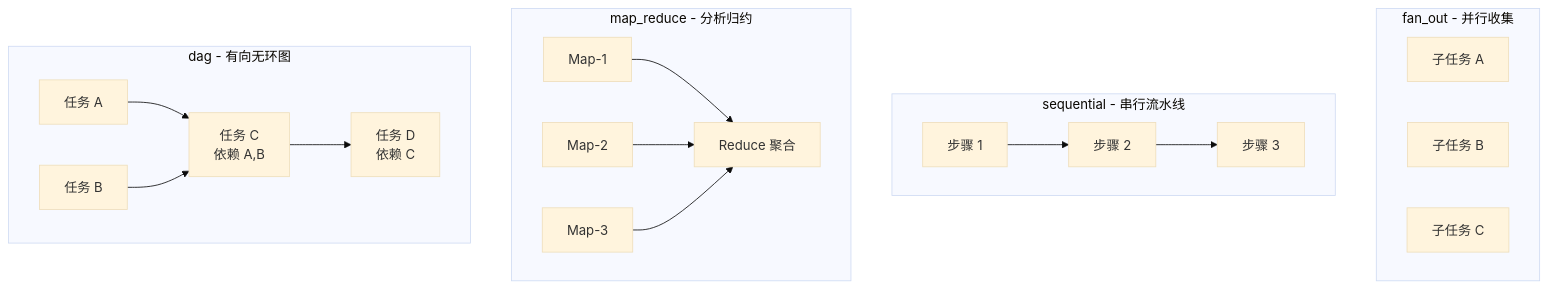
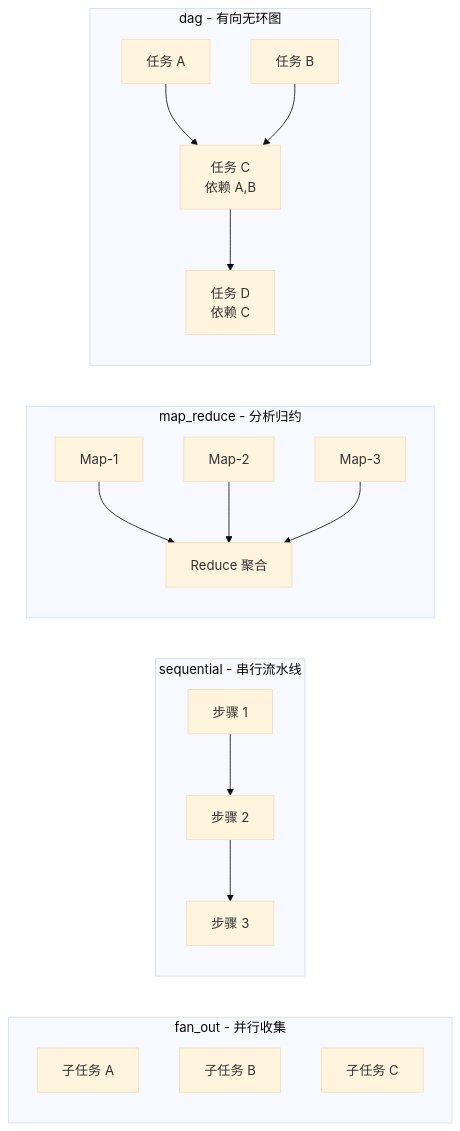
One commit to FreezeSoul/freezesoul.github.com changed the second of 6 diagrams in _posts/2026-03-20-common-agent-framework.md. Above: the diagram before and after it, drawn with Mermaid (base theme).

Commit message:
优化页面mermaid布局

````diff
--- a/_posts/2026-03-20-common-agent-framework.md
+++ b/_posts/2026-03-20-common-agent-framework.md
@@ -104,32 +104,32 @@
 ```mermaid
-graph TD
+graph LR
     subgraph FanOut["fan_out - 并行收集"]
         F1[子任务 A]
         F2[子任务 B]
         F3[子任务 C]
     end
 
     subgraph Sequential["sequential - 串行流水线"]
         S1[步骤 1] --> S2[步骤 2] --> S3[步骤 3]
     end
 
     subgraph MapReduce["map_reduce - 分析归约"]
         M1[Map-1]
         M2[Map-2]
         M3[Map-3]
         R[Reduce 聚合]
         M1 --> R
         M2 --> R
         M3 --> R
     end
 
     subgraph DAG["dag - 有向无环图"]
         D1[任务 A]
         D2[任务 B]
         D3[任务 C<br/>依赖 A,B]
         D4[任务 D<br/>依赖 C]
         D1 --> D3
         D2 --> D3
         D3 --> D4
     end
 ```
````
